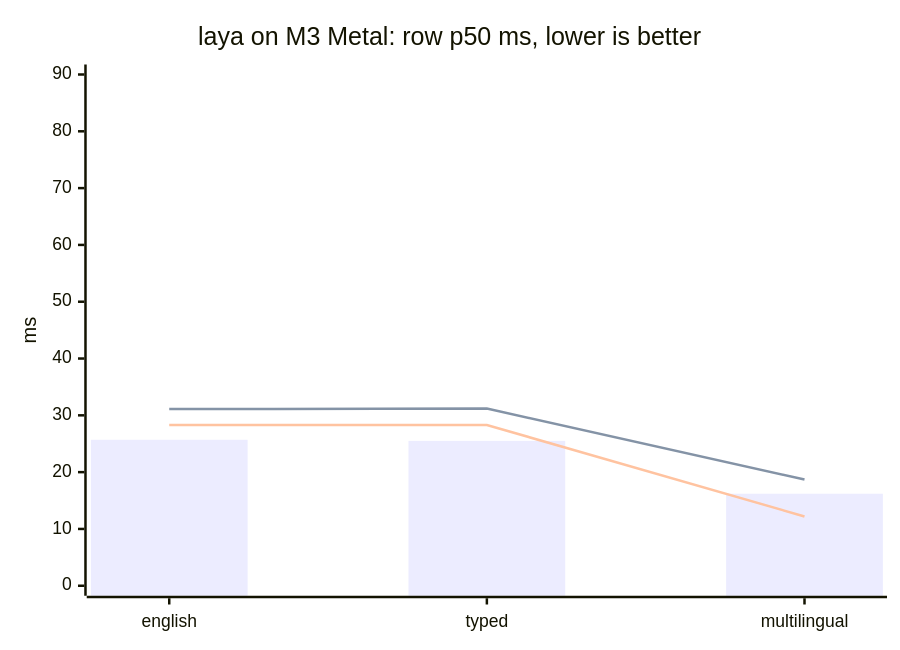
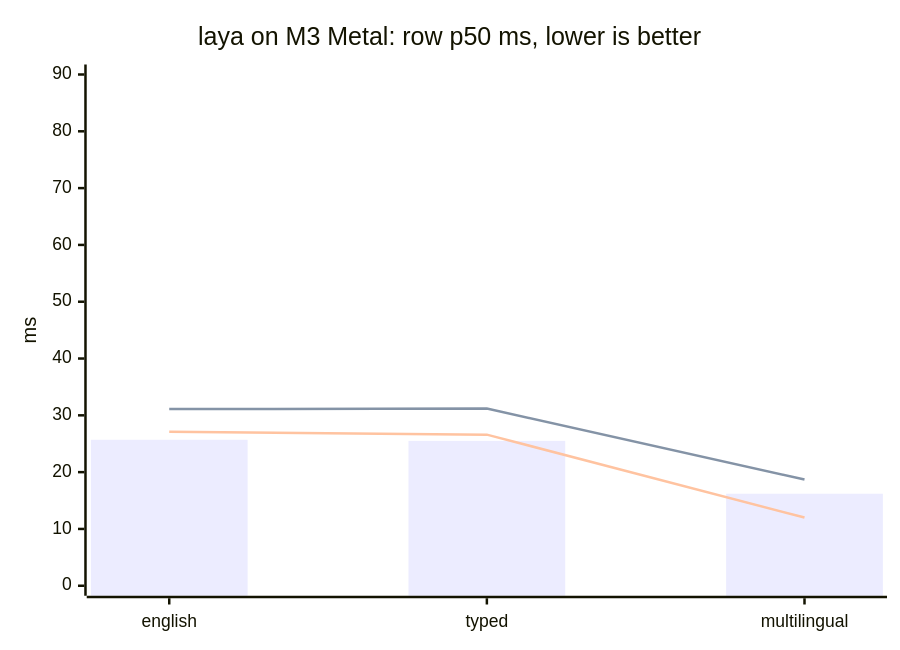
Before and after one commit to gist-rs/riir-reflex: the diagram in README.md, drawn with Mermaid. The commit also changed other lines of this file and 1 other file, not shown here.

````diff
--- a/README.md
+++ b/README.md
@@ -211,9 +221,9 @@
 ```mermaid
 xychart-beta
     title "laya on M3 Metal: row p50 ms, lower is better"
     x-axis [english, typed, multilingual]
     y-axis "ms" 0 --> 90
     bar [25.7, 25.5, 16.2]
     line [31.1, 31.2, 18.7]
-    line [28.3, 28.3, 12.2]
+    line [27.1, 26.6, 12.0]
 ```
````
